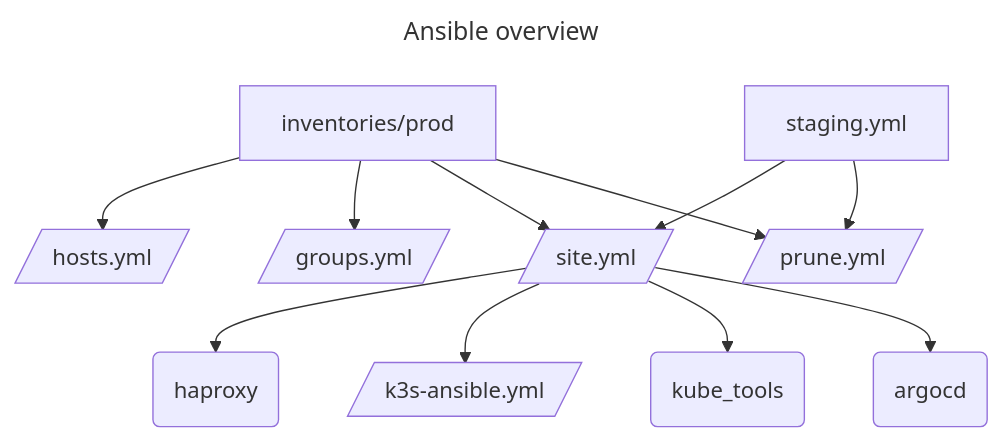
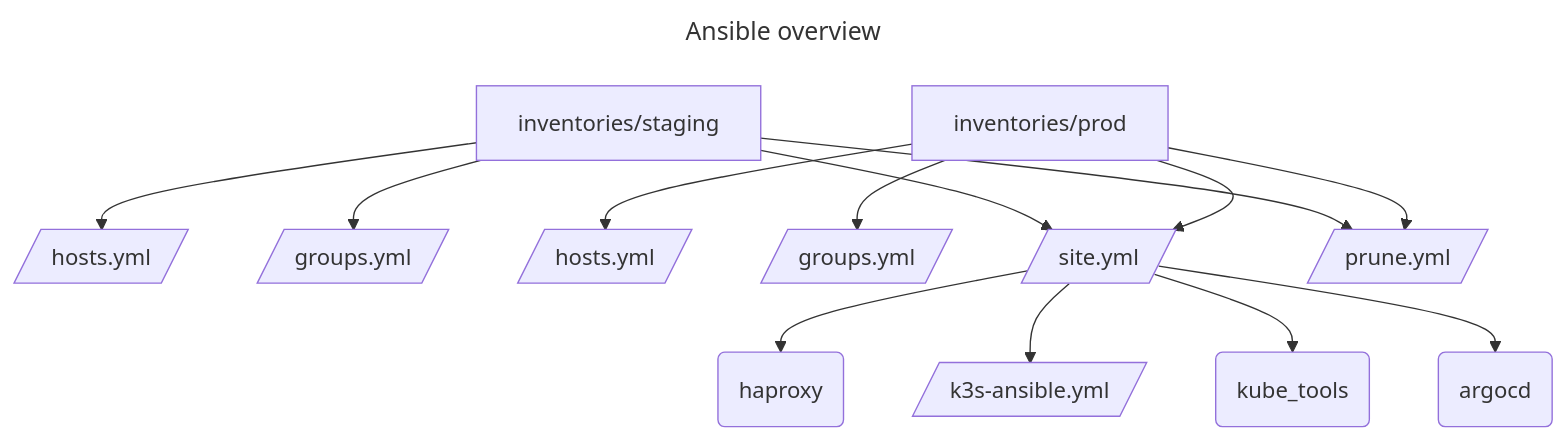
The seventh of 7 diagrams in DOCUMENTATION.md (ruegerj/devops), drawn with Mermaid before and after one commit. The commit also changed other lines of this file, not shown here.

````diff
--- a/DOCUMENTATION.md
+++ b/DOCUMENTATION.md
@@ -552,29 +552,33 @@
 ```mermaid
 ---
 title: Ansible overview
 ---
 flowchart TD
-    staging_inventory[staging.yml]
+    staging_hosts[/hosts.yml/]
+    staging_groups[/groups.yml/]
+    staging_inventory[inventories/staging]
     production_hosts[/hosts.yml/]
     production_groups[/groups.yml/]
     production_inventory[inventories/prod]
     site[/site.yml/]
     prune[/prune.yml/]
     k3s-ansible[/k3s-ansible.yml/]
     argocd(argocd)
     haproxy(haproxy)
     kube_tools(kube_tools)
 
 
 
+    staging_inventory --> staging_hosts
+    staging_inventory --> staging_groups
     staging_inventory --> site
     production_inventory --> production_hosts
     production_inventory --> production_groups
     production_inventory --> site
     staging_inventory --> prune
     production_inventory --> prune
     site --> haproxy
     site --> k3s-ansible
     site --> kube_tools
     site --> argocd
 ```
````
